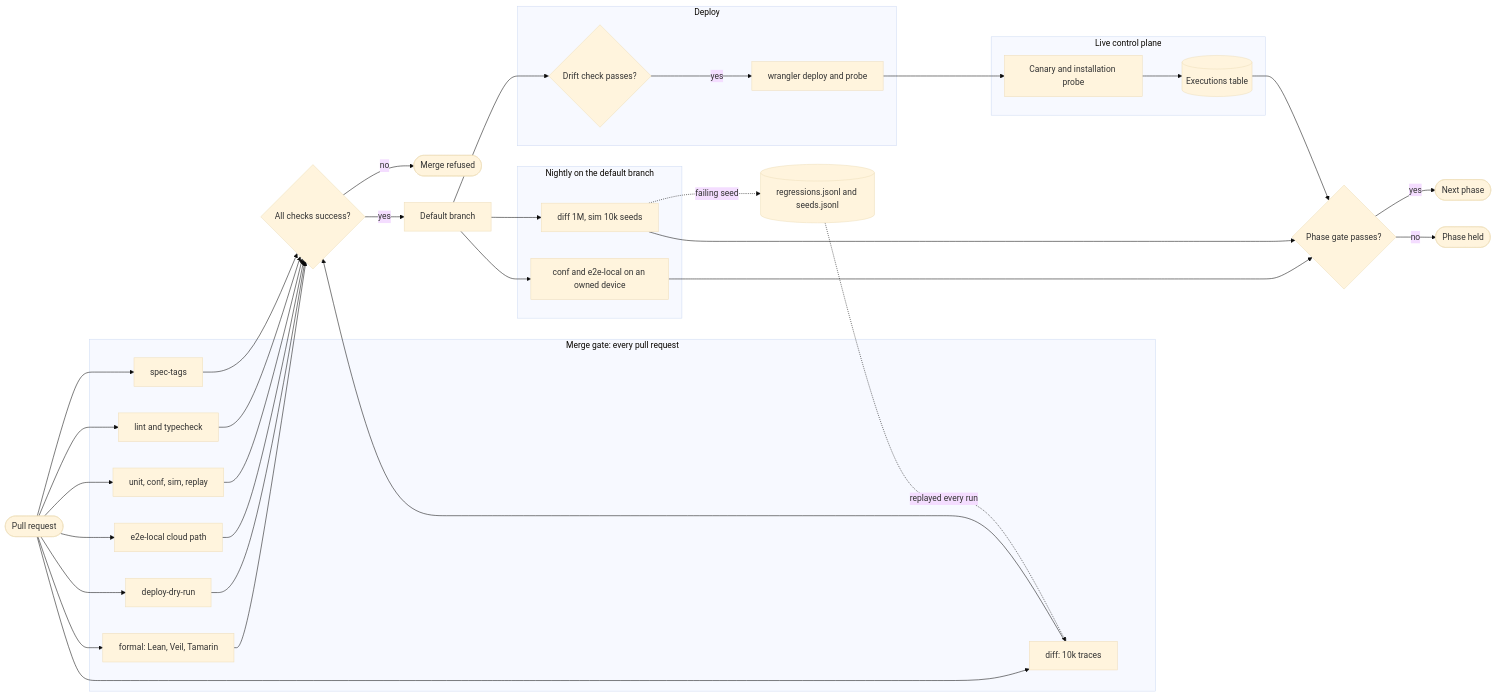
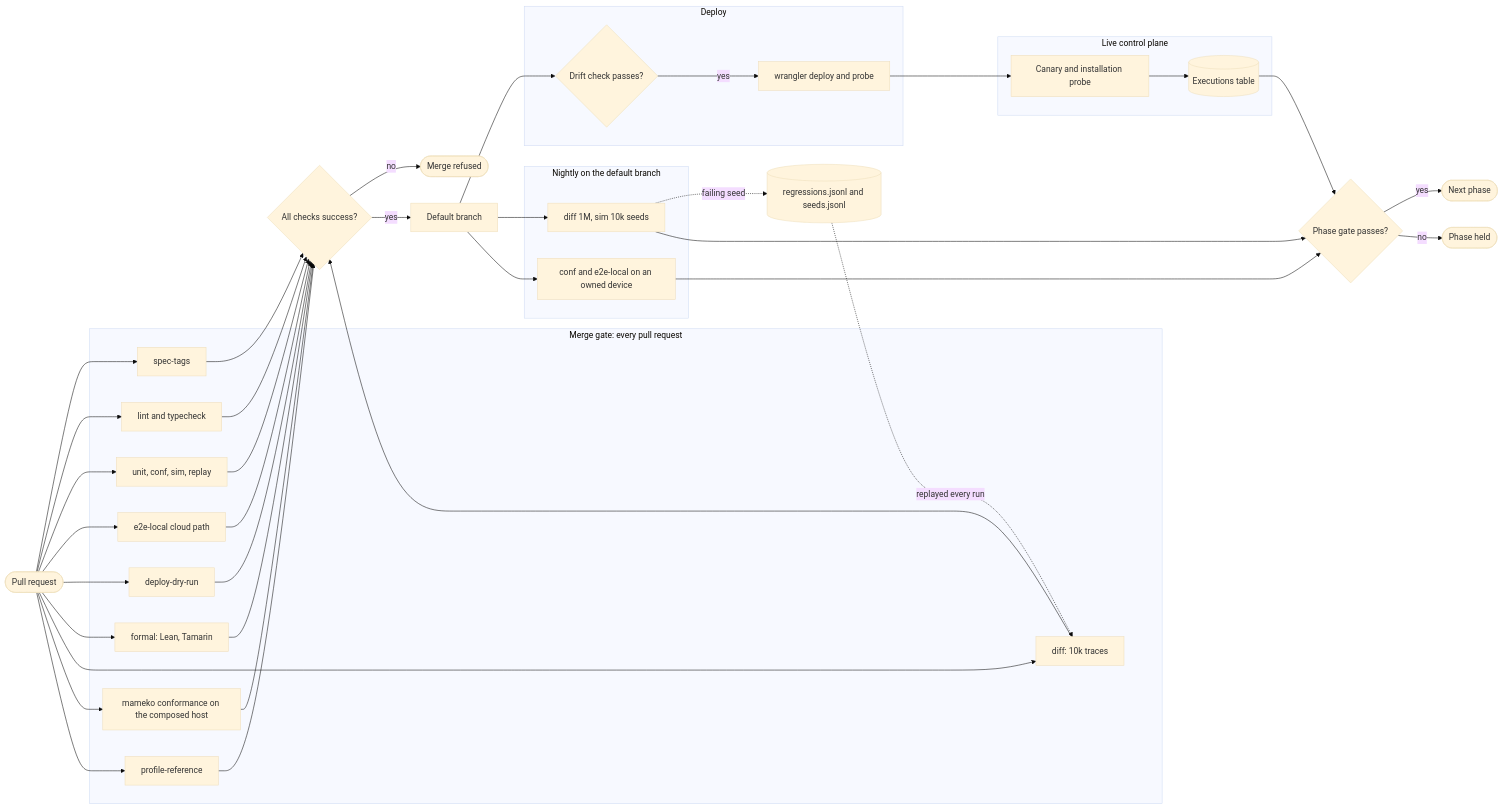
The first of 2 diagrams in specs/verification.md (fractalboxdev/flare-dispatch), drawn with Mermaid (base theme) before and after one commit. The commit also changed other lines of this file and 45 other files, not shown here.

````diff
--- a/specs/verification.md
+++ b/specs/verification.md
@@ -127,70 +131,76 @@
 ```mermaid
 flowchart LR
   accTitle: CI gates from pull request to phase transition
   pr([Pull request])
   subgraph mergeGate["Merge gate: every pull request"]
     tags[spec-tags]
     static[lint and typecheck]
     tests[unit, conf, sim, replay]
     e2e[e2e-local cloud path]
     dry[deploy-dry-run]
-    formal["formal: Lean, Veil, Tamarin"]
+    formal["formal: Lean, Tamarin"]
     diff["diff: 10k traces"]
+    mconf[mameko conformance on the composed host]
+    pref[profile-reference]
   end
   mg{All checks success?}
   refused([Merge refused])
   main[Default branch]
   subgraph deployZone["Deploy"]
     drift{Drift check passes?}
     dep[wrangler deploy and probe]
   end
   subgraph nightly["Nightly on the default branch"]
     deep[diff 1M, sim 10k seeds]
     device[conf and e2e-local on an owned device]
   end
   subgraph live["Live control plane"]
     canary[Canary and installation probe]
     metrics[(Executions table)]
   end
   reg[(regressions.jsonl and seeds.jsonl)]
   pg{Phase gate passes?}
   next([Next phase])
   held([Phase held])
   pr --> tags
   pr --> static
   pr --> tests
   pr --> e2e
   pr --> dry
   pr --> formal
   pr --> diff
+  pr --> mconf
+  pr --> pref
   tags --> mg
   static --> mg
   tests --> mg
   e2e --> mg
   dry --> mg
   formal --> mg
   diff --> mg
+  mconf --> mg
+  pref --> mg
   mg e1@-->|no| refused
   mg -->|yes| main
   main --> drift
   drift -->|yes| dep
   main --> deep
   main --> device
   deep e2@-.->|failing seed| reg
   reg -.->|replayed every run| diff
   dep --> canary
   canary --> metrics
   deep --> pg
   device --> pg
   metrics --> pg
   pg -->|yes| next
   pg e3@-->|no| held
   class pr accent
   class mg,drift,pg warn
   class refused,held danger
   class next ok
   class metrics,reg store
   class mergeGate,deployZone,nightly,live group
   class e1,e3 failure
   class e2 async
 ```
````
